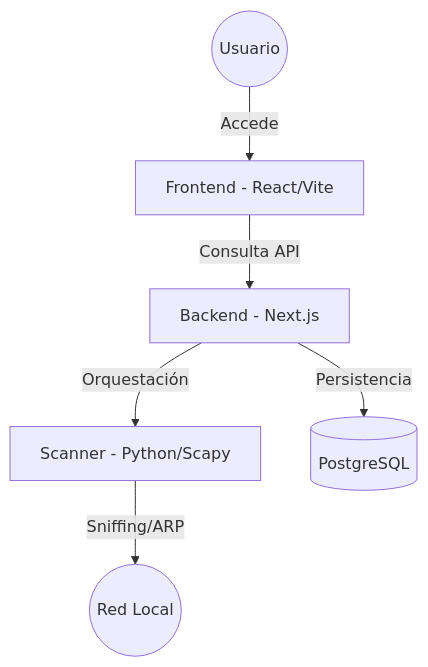
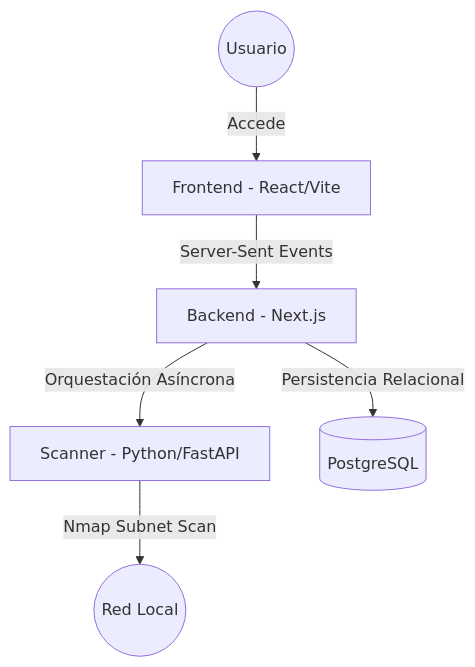
Before and after one commit to JoseAndres20/NetPulse: the diagram in README.md, drawn with Mermaid. The commit also changed other lines of this file and 7 other files, not shown here.

````diff
--- a/README.md
+++ b/README.md
@@ -11,8 +11,8 @@
 ```mermaid
 graph TD
     User((Usuario)) --> |Accede| Frontend[Frontend - React/Vite]
-    Frontend --> |Consulta API| Backend[Backend - Next.js]
-    Backend --> |Orquestación| Scanner[Scanner - Python/Scapy]
-    Backend --> |Persistencia| DB[(PostgreSQL)]
-    Scanner --> |Sniffing/ARP| LAN((Red Local))
+    Frontend --> |Server-Sent Events| Backend[Backend - Next.js]
+    Backend --> |Orquestación Asíncrona| Scanner[Scanner - Python/FastAPI]
+    Backend --> |Persistencia Relacional| DB[(PostgreSQL)]
+    Scanner --> |Nmap Subnet Scan| LAN((Red Local))
 ```
````
